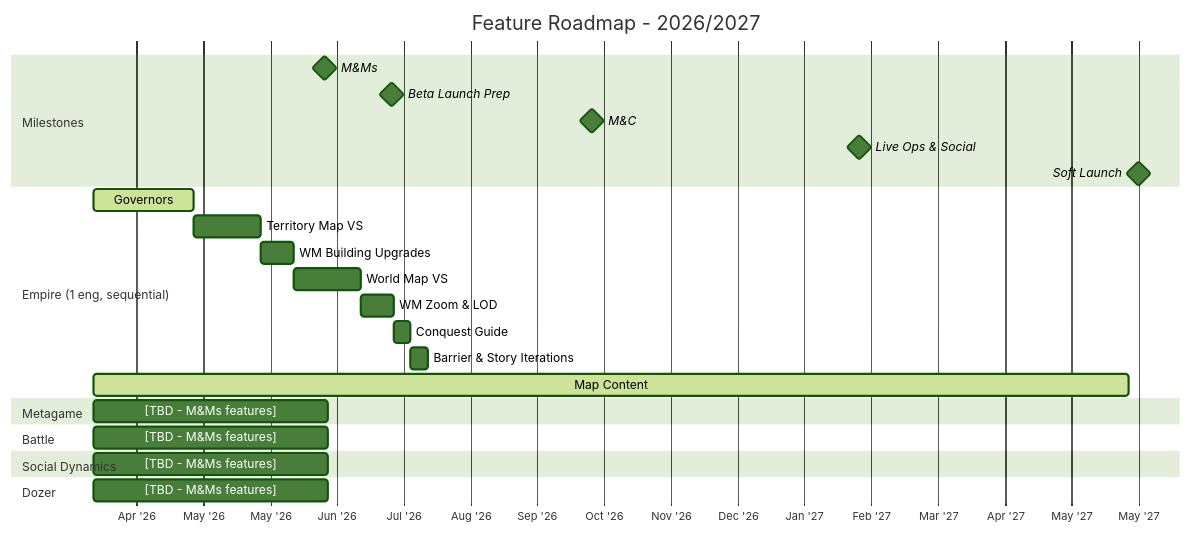
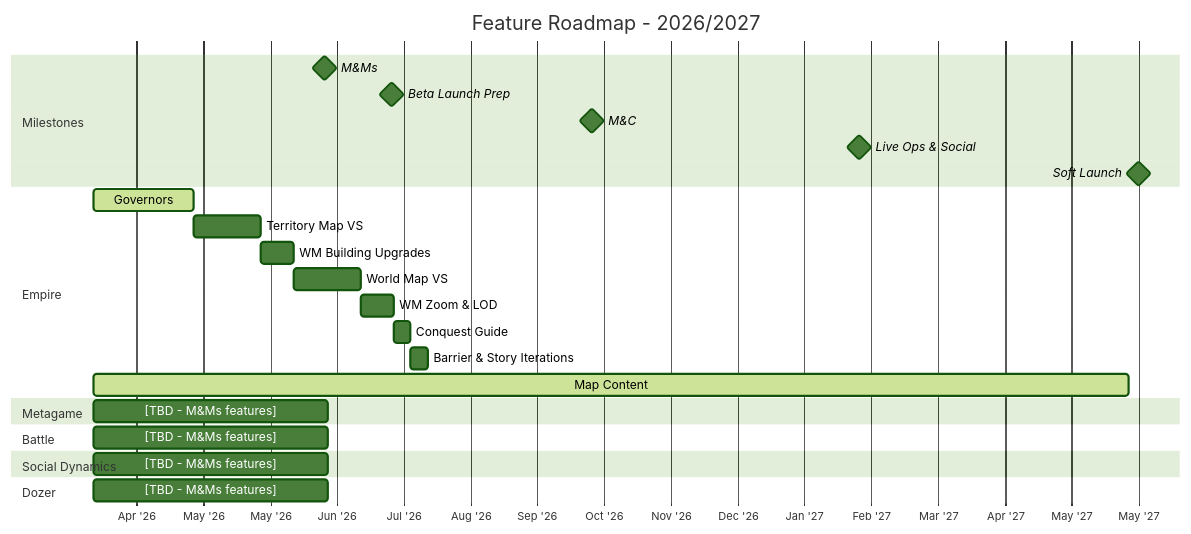
The diagram in generated/roadmap.md (timwilliams-prod/proj-chimera-documentation-brain), drawn with Mermaid (forest theme) before and after one commit. The commit also changed other lines of this file and 5 other files, not shown here.

Commit message:
Updated roadmap skill & layout & updated capacity

````diff
--- a/generated/roadmap.md
+++ b/generated/roadmap.md
@@ -73,36 +16,36 @@
 ```mermaid
 gantt
     title Feature Roadmap - 2026/2027
     dateFormat YYYY-MM-DD
     axisFormat %b '%y
     tickInterval 4week
 
     section Milestones
     M&Ms                      :milestone, ms1, 2026-06-23, 0d
     Beta Launch Prep          :milestone, ms2, 2026-07-21, 0d
     M&C                       :milestone, ms3, 2026-10-13, 0d
     Live Ops & Social         :milestone, ms4, 2027-02-02, 0d
     Soft Launch               :milestone, ms5, 2027-05-30, 0d
 
-    section Empire (1 eng, sequential)
+    section Empire
     Governors                 :active,  emp1, 2026-03-18, 42d
     Territory Map VS          :         emp2, after emp1, 28d
     WM Building Upgrades      :         emp3, after emp2, 14d
     World Map VS              :         emp4, after emp3, 28d
     WM Zoom & LOD             :         emp5, after emp4, 14d
     Conquest Guide             :        emp6, after emp5, 7d
     Barrier & Story Iterations :        emp7, after emp6, 7d
     Map Content               :active,  emp_content, 2026-03-18, 434d
 
     section Metagame
     [TBD - M&Ms features]    :         meta1, 2026-03-18, 98d
 
     section Battle
     [TBD - M&Ms features]    :         bat1, 2026-03-18, 98d
 
     section Social Dynamics
     [TBD - M&Ms features]    :         soc1, 2026-03-18, 98d
 
     section Dozer
     [TBD - M&Ms features]    :         doz1, 2026-03-18, 98d
 ```
````
